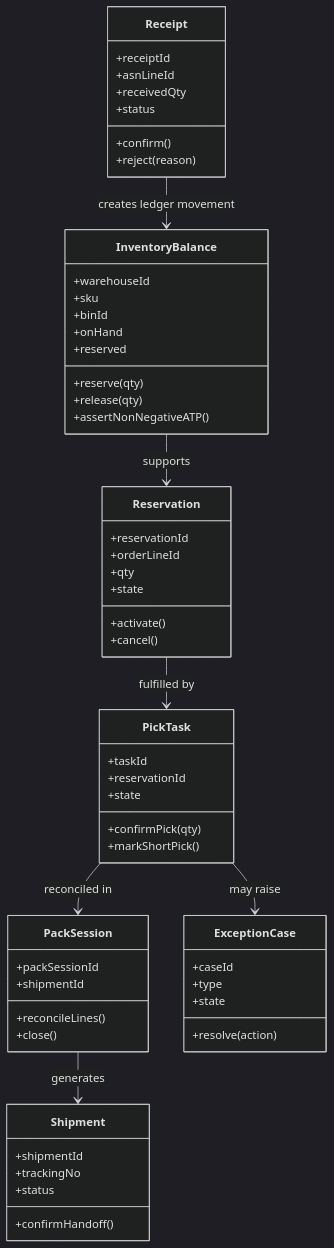
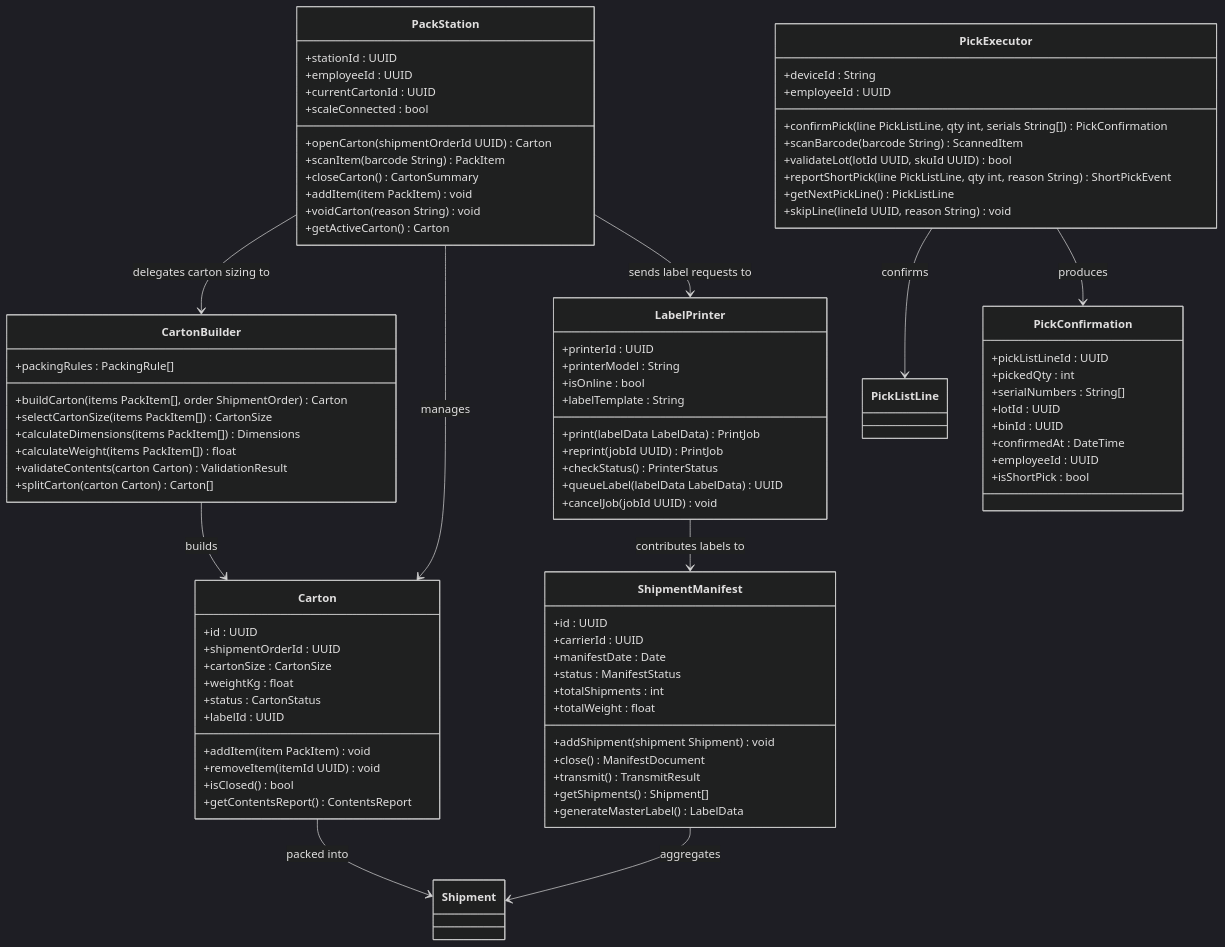
Before and after one commit to 0Ankit0/Project-Ideas: the fourth of 4 diagrams in Warehouse Management System/detailed-design/class-diagrams.md, drawn with Mermaid (dark theme). The commit also changed other lines of this file and 30 other files, not shown here.

````diff
--- a/Warehouse Management System/detailed-design/class-diagrams.md
+++ b/Warehouse Management System/detailed-design/class-diagrams.md
@@ -3,67 +567,96 @@
 ```mermaid
 classDiagram
-    class Receipt {
-      +receiptId
-      +asnLineId
-      +receivedQty
-      +status
-      +confirm()
-      +reject(reason)
+    class PickExecutor {
+        +deviceId : String
+        +employeeId : UUID
+        +confirmPick(line PickListLine, qty int, serials String[]) PickConfirmation
+        +scanBarcode(barcode String) ScannedItem
+        +validateLot(lotId UUID, skuId UUID) bool
+        +reportShortPick(line PickListLine, qty int, reason String) ShortPickEvent
+        +getNextPickLine() PickListLine
+        +skipLine(lineId UUID, reason String) void
     }
 
-    class InventoryBalance {
-      +warehouseId
-      +sku
-      +binId
-      +onHand
-      +reserved
-      +reserve(qty)
-      +release(qty)
-      +assertNonNegativeATP()
+    class PackStation {
+        +stationId : UUID
+        +employeeId : UUID
+        +currentCartonId : UUID
+        +scaleConnected : bool
+        +openCarton(shipmentOrderId UUID) Carton
+        +scanItem(barcode String) PackItem
+        +closeCarton() CartonSummary
+        +addItem(item PackItem) void
+        +voidCarton(reason String) void
+        +getActiveCarton() Carton
     }
 
-    class Reservation {
-      +reservationId
-      +orderLineId
-      +qty
-      +state
-      +activate()
-      +cancel()
+    class CartonBuilder {
+        +packingRules : PackingRule[]
+        +buildCarton(items PackItem[], order ShipmentOrder) Carton
+        +selectCartonSize(items PackItem[]) CartonSize
+        +calculateDimensions(items PackItem[]) Dimensions
+        +calculateWeight(items PackItem[]) float
+        +validateContents(carton Carton) ValidationResult
+        +splitCarton(carton Carton) Carton[]
     }
 
-    class PickTask {
-      +taskId
-      +reservationId
-      +state
-      +confirmPick(qty)
-      +markShortPick()
+    class LabelPrinter {
+        +printerId : UUID
+        +printerModel : String
+        +isOnline : bool
+        +labelTemplate : String
+        +print(labelData LabelData) PrintJob
+        +reprint(jobId UUID) PrintJob
+        +checkStatus() PrinterStatus
+        +queueLabel(labelData LabelData) UUID
+        +cancelJob(jobId UUID) void
     }
 
-    class PackSession {
-      +packSessionId
-      +shipmentId
-      +reconcileLines()
-      +close()
+    class ShipmentManifest {
+        +id : UUID
+        +carrierId : UUID
+        +manifestDate : Date
+        +status : ManifestStatus
+        +totalShipments : int
+        +totalWeight : float
+        +addShipment(shipment Shipment) void
+        +close() ManifestDocument
+        +transmit() TransmitResult
+        +getShipments() Shipment[]
+        +generateMasterLabel() LabelData
     }
 
-    class Shipment {
-      +shipmentId
-      +trackingNo
-      +status
-      +confirmHandoff()
+    class Carton {
+        +id : UUID
+        +shipmentOrderId : UUID
+        +cartonSize : CartonSize
+        +weightKg : float
+        +status : CartonStatus
+        +labelId : UUID
+        +addItem(item PackItem) void
+        +removeItem(itemId UUID) void
+        +isClosed() bool
+        +getContentsReport() ContentsReport
     }
 
-    class ExceptionCase {
-      +caseId
-      +type
-      +state
-      +resolve(action)
+    class PickConfirmation {
+        +pickListLineId : UUID
+        +pickedQty : int
+        +serialNumbers : String[]
+        +lotId : UUID
+        +binId : UUID
+        +confirmedAt : DateTime
+        +employeeId : UUID
+        +isShortPick : bool
     }
 
-    Receipt --> InventoryBalance : creates ledger movement
-    InventoryBalance --> Reservation : supports
-    Reservation --> PickTask : fulfilled by
-    PickTask --> PackSession : reconciled in
-    PackSession --> Shipment : generates
-    PickTask --> ExceptionCase : may raise
+    PickExecutor --> PickListLine : confirms
+    PickExecutor --> PickConfirmation : produces
+    PackStation --> CartonBuilder : delegates carton sizing to
+    PackStation --> Carton : manages
+    PackStation --> LabelPrinter : sends label requests to
+    CartonBuilder --> Carton : builds
+    LabelPrinter --> ShipmentManifest : contributes labels to
+    ShipmentManifest --> Shipment : aggregates
+    Carton --> Shipment : packed into
 ```
````
